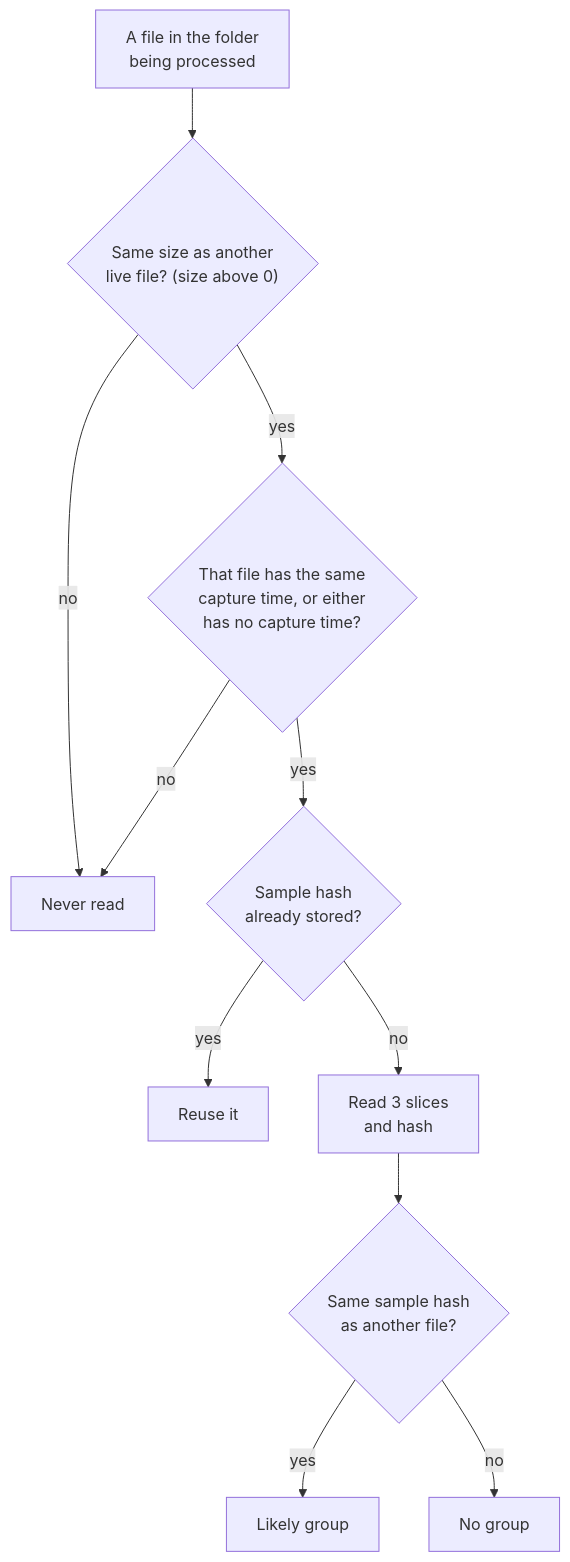
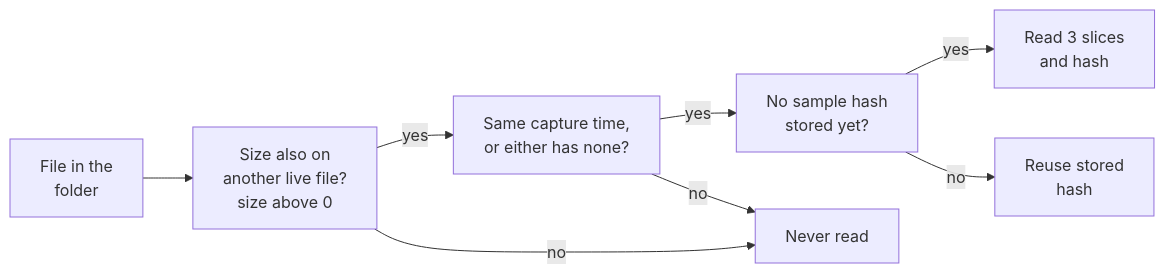
Before and after one commit to AxialForge/Lunelis: the second of 5 diagrams in docs/src/engine-duplicates.md, drawn with Mermaid. The commit also changed other lines of this file and 6 other files, not shown here.

Commit message:
Kit: keep table columns wide enough for their longest word, legend below charts, no blank page before a chapter, optional chapter flow

````diff
--- a/docs/src/engine-duplicates.md
+++ b/docs/src/engine-duplicates.md
@@ -155,13 +97,10 @@
 ```mermaid Candidate selection: a file is read only if another live file could be a byte-for-byte copy of it.
-flowchart TB
-  A["A file in the folder<br>being processed"] --> B{"Same size as another<br>live file? (size above 0)"}
-  B -- no --> X["Never read"]
-  B -- yes --> C{"That file has the same<br>capture time, or either<br>has no capture time?"}
-  C -- no --> X
-  C -- yes --> D{"Sample hash<br>already stored?"}
-  D -- yes --> R["Reuse it"]
-  D -- no --> E["Read 3 slices<br>and hash"]
-  E --> F{"Same sample hash<br>as another file?"}
-  F -- yes --> G["Likely group"]
-  F -- no --> H["No group"]
+flowchart LR
+  A["File in the<br>folder"] --> B["Size also on<br>another live file?<br>size above 0"]
+  B -->|yes| C["Same capture time,<br>or either has none?"]
+  C -->|yes| D["No sample hash<br>stored yet?"]
+  D -->|yes| E["Read 3 slices<br>and hash"]
+  B -->|no| X["Never read"]
+  C -->|no| X
+  D -->|no| R["Reuse stored<br>hash"]
 ```
````
